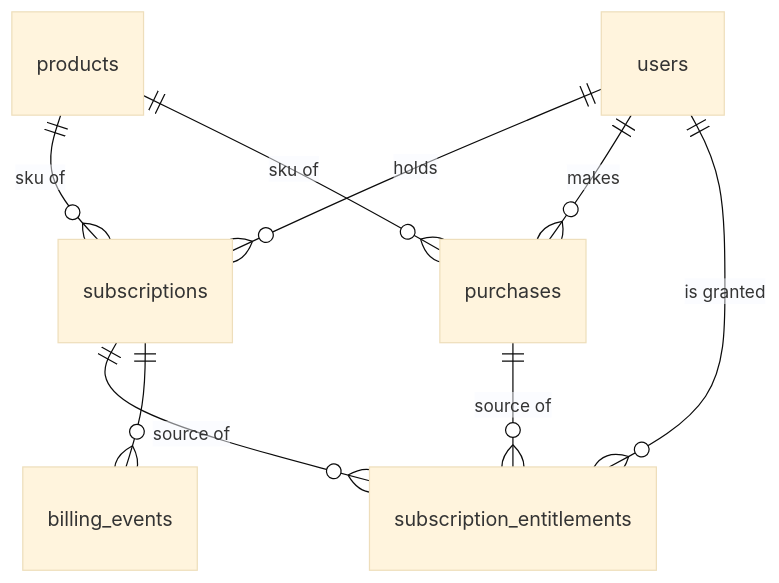
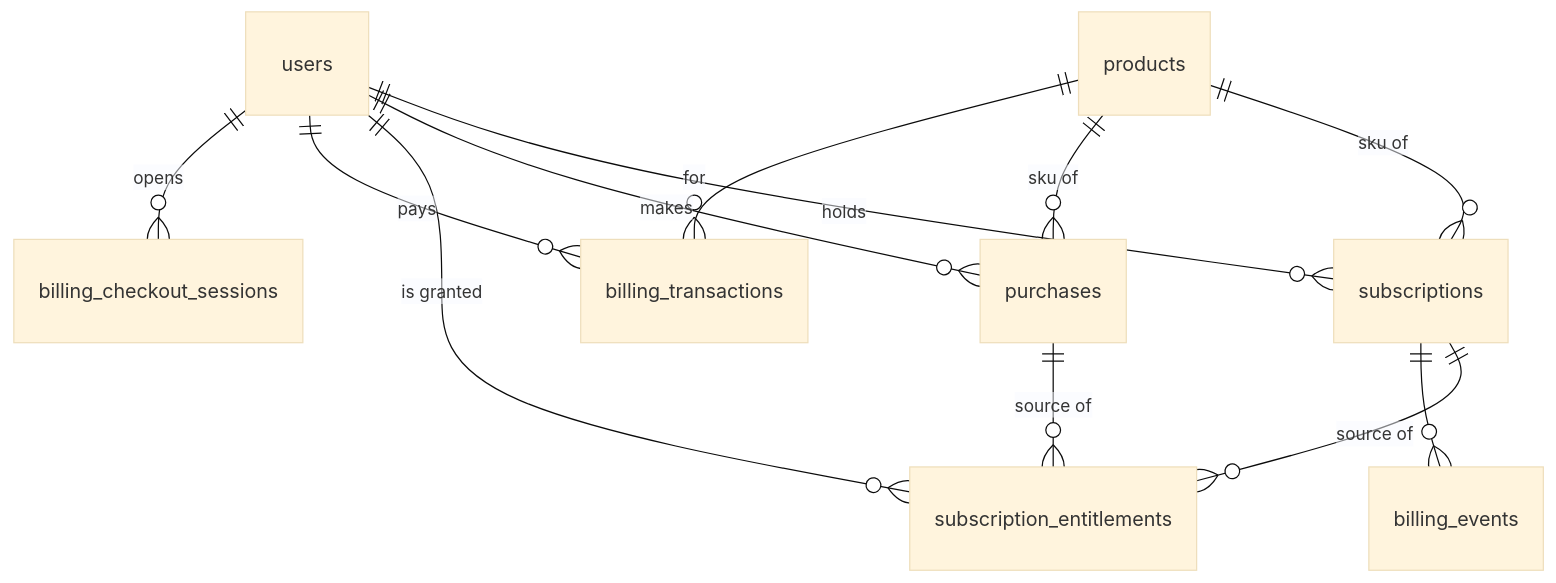
Before and after one commit to winner-dev123/travel-buddy: the tenth of 10 diagrams in docs/04-database-erd.md, drawn with Mermaid (base theme). The commit also changed other lines of this file and 42 other files, not shown here.

````diff
--- a/docs/04-database-erd.md
+++ b/docs/04-database-erd.md
@@ -737,11 +737,14 @@
 ```mermaid
 erDiagram
   products ||--o{ subscriptions : "sku of"
   products ||--o{ purchases : "sku of"
   users ||--o{ subscriptions : holds
   users ||--o{ purchases : makes
   users ||--o{ subscription_entitlements : "is granted"
   subscriptions ||--o{ subscription_entitlements : "source of"
   purchases ||--o{ subscription_entitlements : "source of"
   subscriptions ||--o{ billing_events : ""
+  users ||--o{ billing_transactions : pays
+  products ||--o{ billing_transactions : "for"
+  users ||--o{ billing_checkout_sessions : opens
 ```
````
